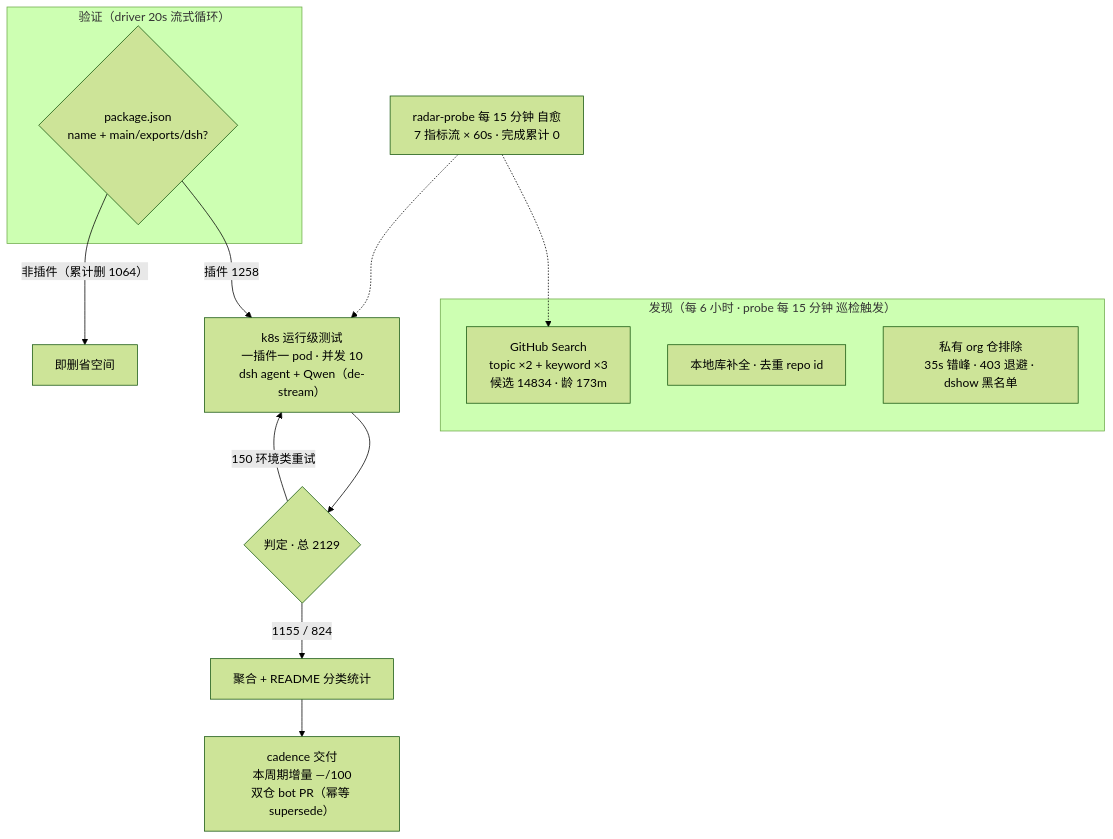
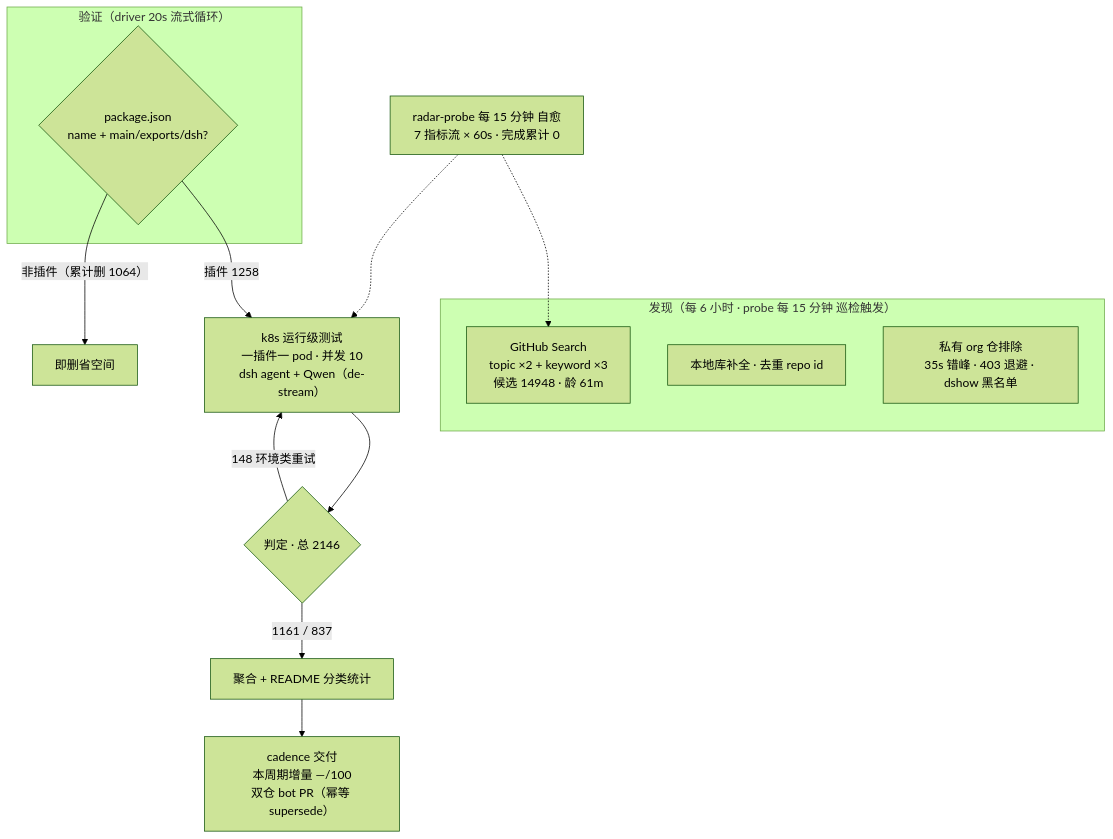
One commit to Zhidao-Lab-OSS/awesome-dsh-plugins changed the diagram in README.md. Above: the diagram before and after it, drawn with Mermaid (forest theme). The commit also changed other lines of this file and 1 other file, not shown here.

````diff
--- a/README.md
+++ b/README.md
@@ -37,20 +37,20 @@
 ```mermaid
 flowchart TB
     subgraph Discovery["发现（每 6 小时 · probe 每 15 分钟 巡检触发）"]
-        A1["GitHub Search<br/>topic ×2 + keyword ×3<br/>候选 14834 · 龄 173m"]
+        A1["GitHub Search<br/>topic ×2 + keyword ×3<br/>候选 14948 · 龄 61m"]
         A2["本地库补全 · 去重 repo id"]
         A3["私有 org 仓排除<br/>35s 错峰 · 403 退避 · dshow 黑名单"]
     end
     subgraph Validation["验证（driver 20s 流式循环）"]
         B1{"package.json<br/>name + main/exports/dsh?"}
     end
     B1 -->|"插件 1258"| C1["k8s 运行级测试<br/>一插件一 pod · 并发 10<br/>dsh agent + Qwen（de-stream）"]
     B1 -->|"非插件（累计删 1064）"| B3["即删省空间"]
-    C1 --> D1{"判定 · 总 2129"}
-    D1 -->|"1155 / 824"| E1["聚合 + README 分类统计"]
-    D1 -->|"150 环境类重试"| C1
+    C1 --> D1{"判定 · 总 2146"}
+    D1 -->|"1161 / 837"| E1["聚合 + README 分类统计"]
+    D1 -->|"148 环境类重试"| C1
     E1 --> E2["cadence 交付<br/>本周期增量 —/100<br/>双仓 bot PR（幂等 supersede）"]
     M["radar-probe 每 15 分钟 自愈<br/>7 指标流 × 60s · 完成累计 0"]
     M -.-> A1
     M -.-> C1
 ```
````
